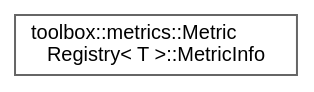
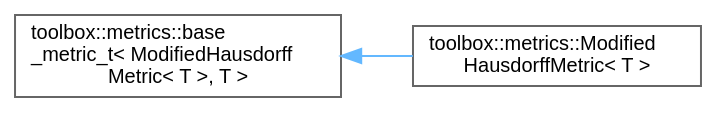
One commit to nerdneilsfield/cpp-toolbox changed the diagram in inherit_graph_93.dot. Above: the diagram before and after it, drawn with Graphviz. The commit also changed 942 other files, not shown here.

```diff
--- a/inherit_graph_93.dot
+++ b/inherit_graph_93.dot
@@ -1,9 +1,11 @@
 digraph "Graphical Class Hierarchy"
 {
  // LATEX_PDF_SIZE
   bgcolor="transparent";
   edge [fontname=Helvetica,fontsize=10,labelfontname=Helvetica,labelfontsize=10];
   node [fontname=Helvetica,fontsize=10,shape=box,height=0.2,width=0.4];
   rankdir="LR";
-  Node0 [id="Node000000",label="toolbox::metrics::Metric\lRegistry\< T \>::MetricInfo",height=0.2,width=0.4,color="grey40", fillcolor="white", style="filled",URL="$structtoolbox_1_1metrics_1_1_metric_registry_1_1_metric_info.html",tooltip=" "];
+  Node0 [id="Node000000",label="toolbox::metrics::base\l_metric_t\< ModifiedHausdorff\lMetric\< T \>, T \>",height=0.2,width=0.4,color="grey40", fillcolor="white", style="filled",URL="$classtoolbox_1_1metrics_1_1base__metric__t.html",tooltip=" "];
+  Node0 -> Node1 [id="edge94_Node000000_Node000001",dir="back",color="steelblue1",style="solid",tooltip=" "];
+  Node1 [id="Node000001",label="toolbox::metrics::Modified\lHausdorffMetric\< T \>",height=0.2,width=0.4,color="grey40", fillcolor="white", style="filled",URL="$classtoolbox_1_1metrics_1_1_modified_hausdorff_metric.html",tooltip="Modified Hausdorff distance (average of k-th smallest distances)"];
 }
```
